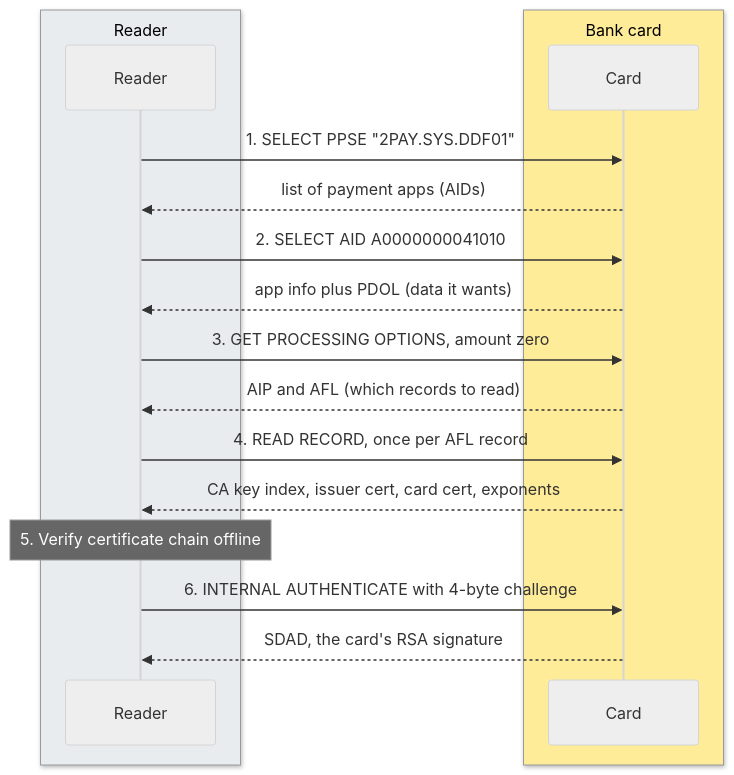
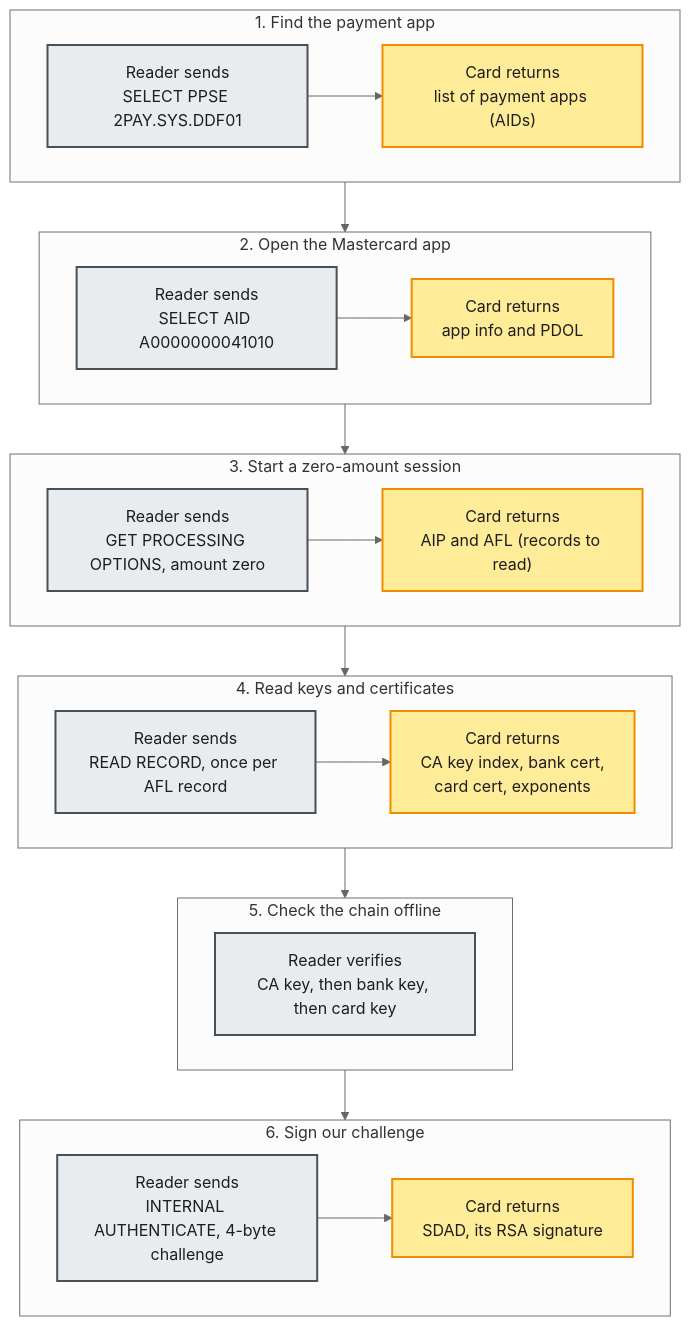
One commit to team-somehow/tap2eth changed the first of 8 diagrams in docs/WHITEPAPER.md. Above: the diagram before and after it, drawn with Mermaid (neutral theme). The commit also changed 1 other file, not shown here.

Commit message:
docs: block diagrams for the reader-card exchange, signup and payment
The four sequence diagrams were hard to read on GitHub (light boxes washed
out the labels in dark mode, and the wide ones rendered tiny). They are now
colour-coded block diagrams with one step per row.

````diff
--- a/docs/WHITEPAPER.md
+++ b/docs/WHITEPAPER.md
@@ -66,20 +66,34 @@
 ```mermaid
-sequenceDiagram
-    box rgb(233,236,239) Reader
-    participant R as Reader
+flowchart TB
+    subgraph S1["1. Find the payment app"]
+        direction LR
+        R1["Reader sends<br/>SELECT PPSE 2PAY.SYS.DDF01"]:::reader --> C1["Card returns<br/>list of payment apps (AIDs)"]:::card
     end
-    box rgb(255,236,153) Bank card
-    participant C as Card
+    subgraph S2["2. Open the Mastercard app"]
+        direction LR
+        R2["Reader sends<br/>SELECT AID A0000000041010"]:::reader --> C2["Card returns<br/>app info and PDOL"]:::card
     end
-    R->>C: 1. SELECT PPSE "2PAY.SYS.DDF01"
-    C-->>R: list of payment apps (AIDs)
-    R->>C: 2. SELECT AID A0000000041010
-    C-->>R: app info plus PDOL (data it wants)
-    R->>C: 3. GET PROCESSING OPTIONS, amount zero
-    C-->>R: AIP and AFL (which records to read)
-    R->>C: 4. READ RECORD, once per AFL record
-    C-->>R: CA key index, issuer cert, card cert, exponents
-    Note over R: 5. Verify certificate chain offline
-    R->>C: 6. INTERNAL AUTHENTICATE with 4-byte challenge
-    C-->>R: SDAD, the card's RSA signature
+    subgraph S3["3. Start a zero-amount session"]
+        direction LR
+        R3["Reader sends<br/>GET PROCESSING OPTIONS, amount zero"]:::reader --> C3["Card returns<br/>AIP and AFL (records to read)"]:::card
+    end
+    subgraph S4["4. Read keys and certificates"]
+        direction LR
+        R4["Reader sends<br/>READ RECORD, once per AFL record"]:::reader --> C4["Card returns<br/>CA key index, bank cert,<br/>card cert, exponents"]:::card
+    end
+    subgraph S5["5. Check the chain offline"]
+        direction LR
+        R5["Reader verifies<br/>CA key, then bank key, then card key"]:::reader
+    end
+    subgraph S6["6. Sign our challenge"]
+        direction LR
+        R6["Reader sends<br/>INTERNAL AUTHENTICATE, 4-byte challenge"]:::reader --> C6["Card returns<br/>SDAD, its RSA signature"]:::card
+    end
+    S1 --> S2 --> S3 --> S4 --> S5 --> S6
+
+    classDef card fill:#ffec99,stroke:#f08c00,stroke-width:2px,color:#1e1e1e
+    classDef reader fill:#e9ecef,stroke:#495057,stroke-width:2px,color:#1e1e1e
+    classDef phone fill:#a5d8ff,stroke:#1971c2,stroke-width:2px,color:#1e1e1e
+    classDef chain fill:#d0bfff,stroke:#6741d9,stroke-width:2px,color:#1e1e1e
+    classDef relayer fill:#ffc9c9,stroke:#e03131,stroke-width:2px,color:#1e1e1e
 ```
````
